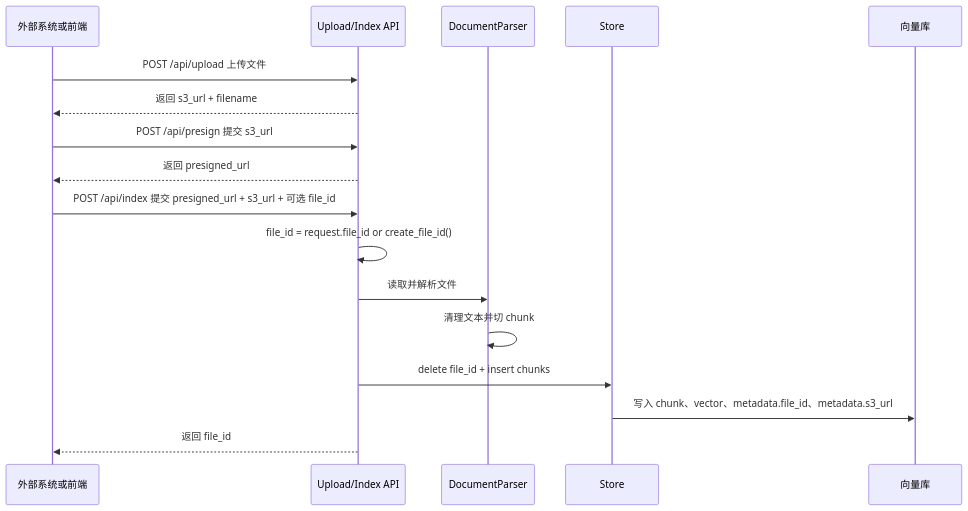
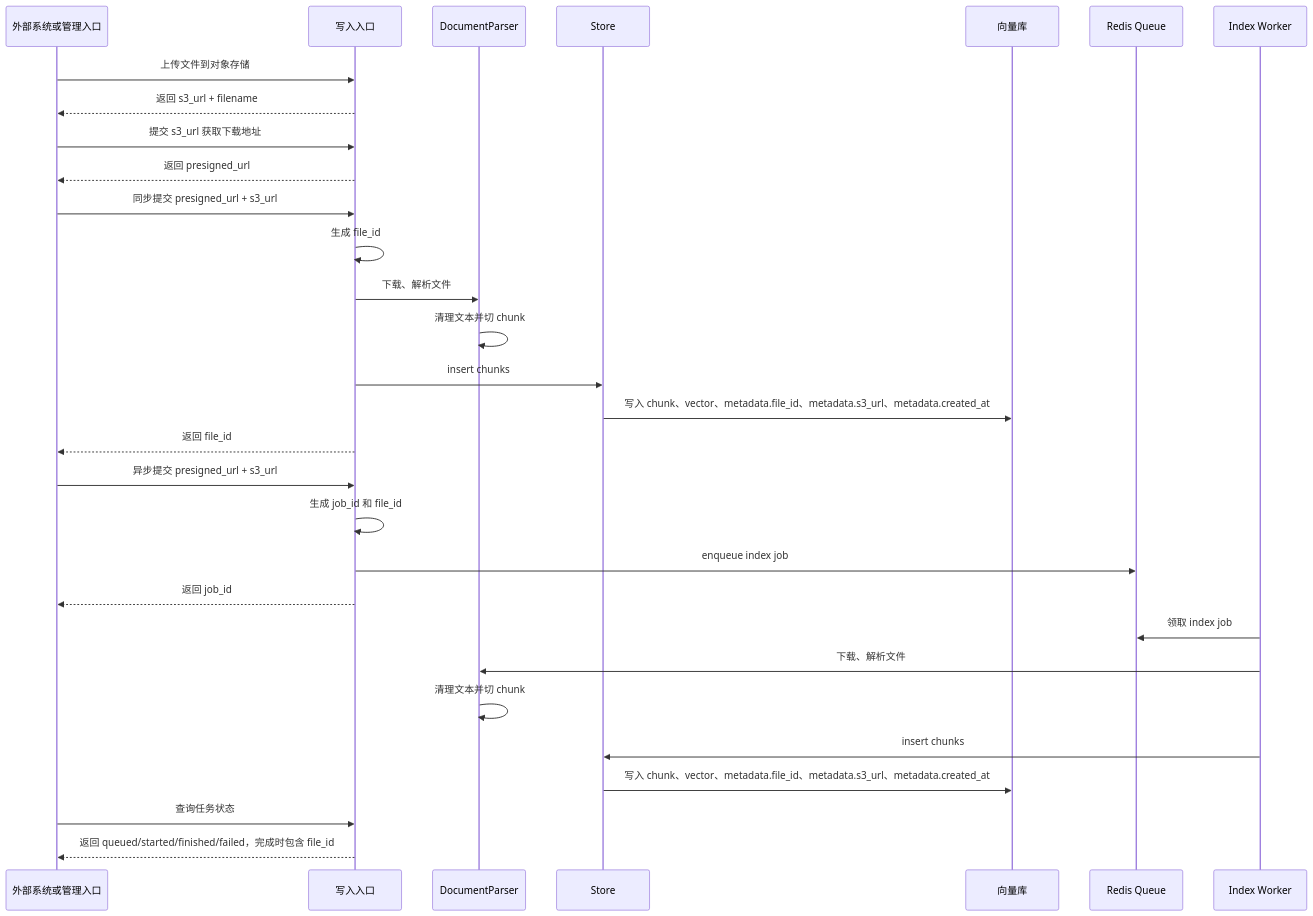
The fourth of 5 diagrams in docs/architecture.md (guobinqiu/new_brain), drawn with Mermaid before and after one commit. The commit also changed other lines of this file and 61 other files, not shown here.

````diff
--- a/docs/architecture.md
+++ b/docs/architecture.md
@@ -109,20 +148,33 @@
 ```mermaid
 sequenceDiagram
-  participant Client as 外部系统或前端
-  participant API as Upload/Index API
+  participant Client as 外部系统或管理入口
+  participant Entry as 写入入口
   participant Parser as DocumentParser
   participant Store as Store
   participant DB as 向量库
+  participant Redis as Redis Queue
+  participant Worker as Index Worker
 
-  Client->>API: POST /api/upload 上传文件
-  API-->>Client: 返回 s3_url + filename
-  Client->>API: POST /api/presign 提交 s3_url
-  API-->>Client: 返回 presigned_url
-  Client->>API: POST /api/index 提交 presigned_url + s3_url + 可选 file_id
-  API->>API: file_id = request.file_id or create_file_id()
-  API->>Parser: 读取并解析文件
+  Client->>Entry: 上传文件到对象存储
+  Entry-->>Client: 返回 s3_url + filename
+  Client->>Entry: 提交 s3_url 获取下载地址
+  Entry-->>Client: 返回 presigned_url
+  Client->>Entry: 同步提交 presigned_url + s3_url
+  Entry->>Entry: 生成 file_id
+  Entry->>Parser: 下载、解析文件
   Parser->>Parser: 清理文本并切 chunk
-  API->>Store: delete file_id + insert chunks
-  Store->>DB: 写入 chunk、vector、metadata.file_id、metadata.s3_url
-  API-->>Client: 返回 file_id
+  Entry->>Store: insert chunks
+  Store->>DB: 写入 chunk、vector、metadata.file_id、metadata.s3_url、metadata.created_at
+  Entry-->>Client: 返回 file_id
+  Client->>Entry: 异步提交 presigned_url + s3_url
+  Entry->>Entry: 生成 job_id 和 file_id
+  Entry->>Redis: enqueue index job
+  Entry-->>Client: 返回 job_id
+  Worker->>Redis: 领取 index job
+  Worker->>Parser: 下载、解析文件
+  Parser->>Parser: 清理文本并切 chunk
+  Worker->>Store: insert chunks
+  Store->>DB: 写入 chunk、vector、metadata.file_id、metadata.s3_url、metadata.created_at
+  Client->>Entry: 查询任务状态
+  Entry-->>Client: 返回 queued/started/finished/failed，完成时包含 file_id
 ```
````
